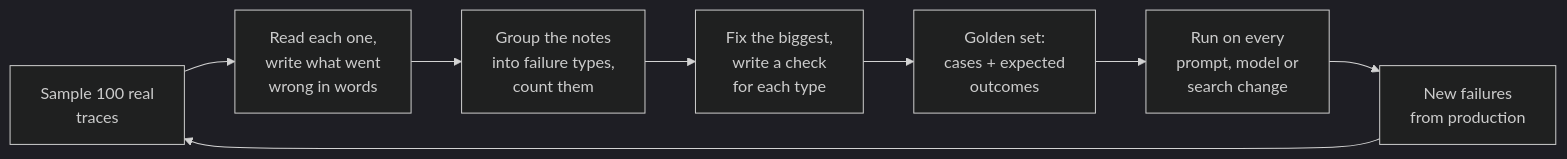
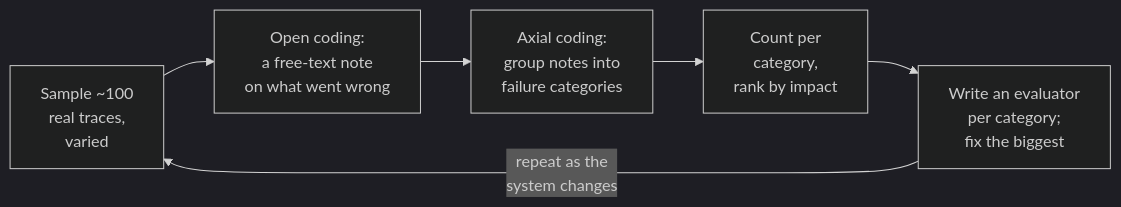
Before and after one commit to shubamchaudhary/CodeNITW: the third of 7 diagrams in src/Data/aiStackDocs/CH-08.md, drawn with Mermaid (dark theme). The commit also changed other lines of this file and 5 other files, not shown here.

First line of the commit message:
AI Stack: evals section rewritten concept-first, with a mind map

````diff
--- a/src/Data/aiStackDocs/CH-08.md
+++ b/src/Data/aiStackDocs/CH-08.md
@@ -27,10 +76,8 @@
 ```mermaid
 flowchart LR
-    T["Sample 100 real<br/>traces"] --> O["Read each one,<br/>write what went<br/>wrong in words"]
-    O --> AX["Group the notes<br/>into failure types,<br/>count them"]
-    AX --> EV["Fix the biggest,<br/>write a check<br/>for each type"]
-    EV --> GS["Golden set:<br/>cases + expected<br/>outcomes"]
-    GS --> CI["Run on every<br/>prompt, model or<br/>search change"]
-    CI --> PR["New failures<br/>from production"]
-    PR --> T
+    S["Sample ~100<br/>real traces,<br/>varied"] --> O["Open coding:<br/>a free-text note<br/>on what went wrong"]
+    O --> A["Axial coding:<br/>group notes into<br/>failure categories"]
+    A --> C["Count per<br/>category,<br/>rank by impact"]
+    C --> E["Write an evaluator<br/>per category;<br/>fix the biggest"]
+    E -->|"repeat as the<br/>system changes"| S
 ```
````
